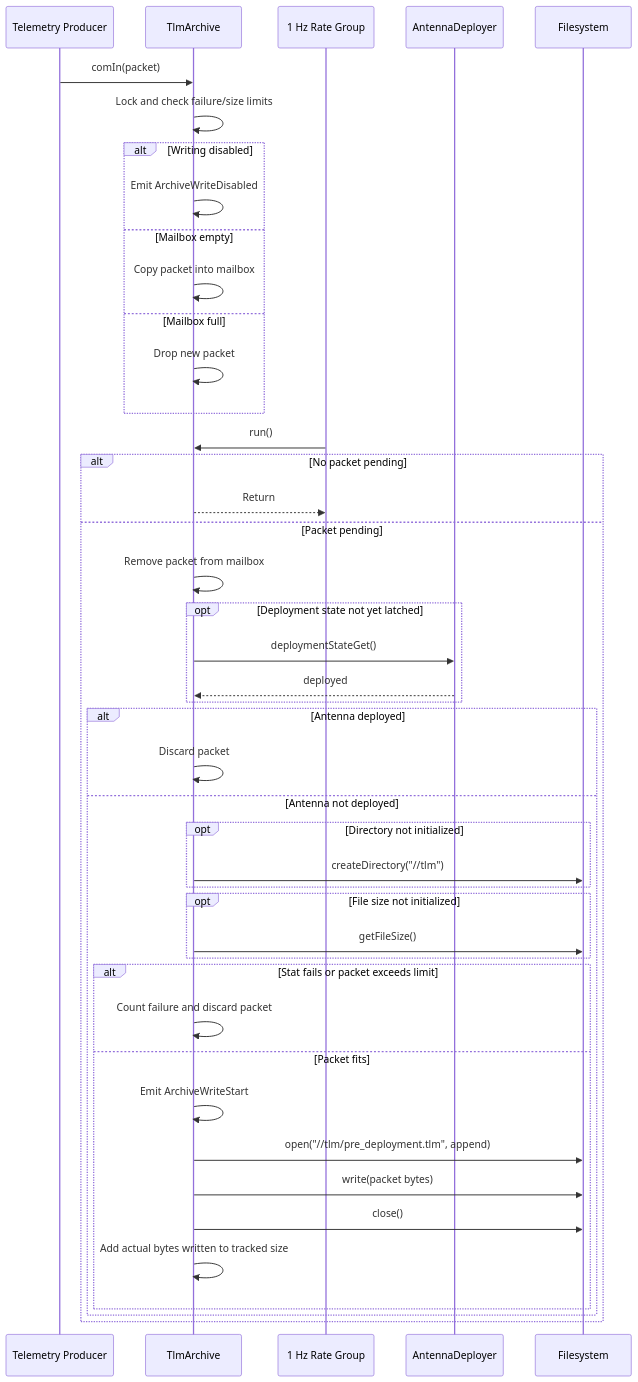
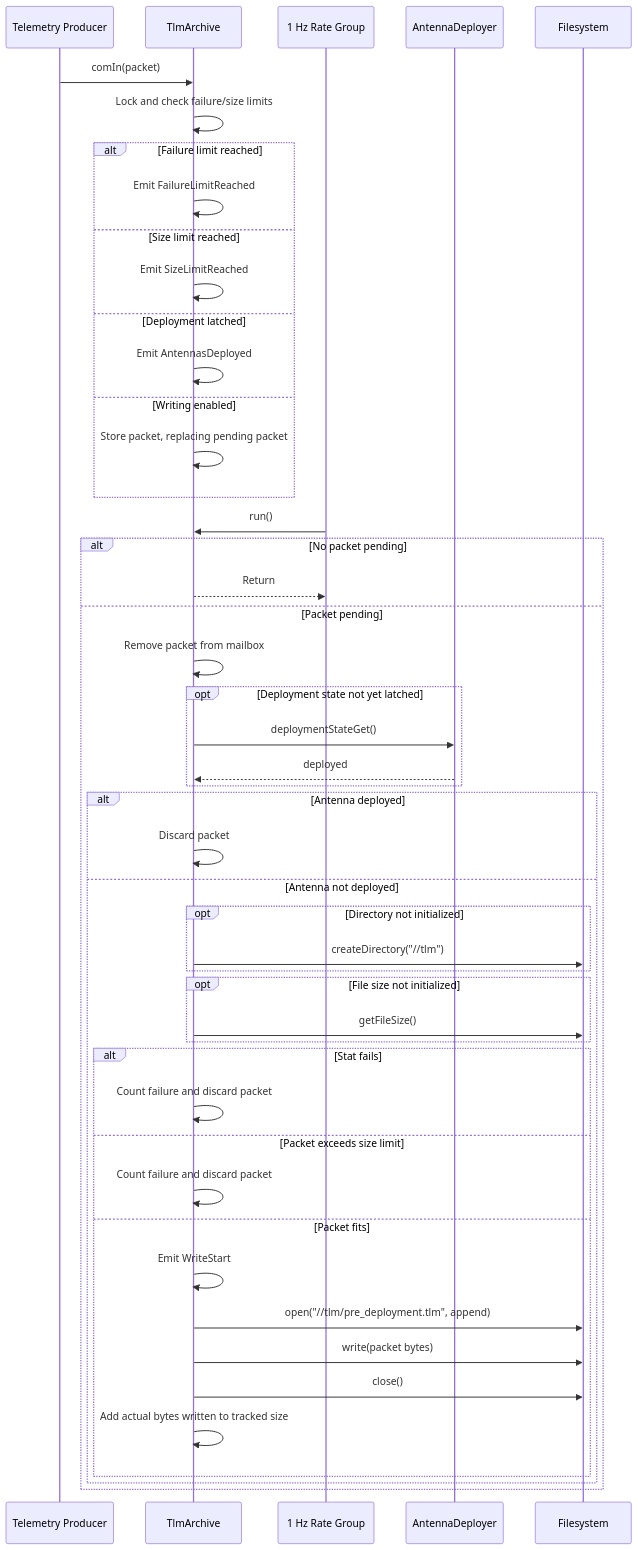
One commit to Open-Source-Space-Foundation/proves-core-reference changed the second of 2 diagrams in PROVESFlightControllerReference/Components/TlmArchive/docs/sdd.md. Above: the diagram before and after it, drawn with Mermaid. The commit also changed other lines of this file, not shown here.

````diff
--- a/PROVESFlightControllerReference/Components/TlmArchive/docs/sdd.md
+++ b/PROVESFlightControllerReference/Components/TlmArchive/docs/sdd.md
@@ -157,48 +160,52 @@
 ```mermaid
 sequenceDiagram
     participant Producer as Telemetry Producer
     participant Archive as TlmArchive
     participant Rate as 1 Hz Rate Group
     participant Deploy as AntennaDeployer
     participant FS as Filesystem
 
     Producer->>Archive: comIn(packet)
     Archive->>Archive: Lock and check failure/size limits
-    alt Writing disabled
-        Archive->>Archive: Emit ArchiveWriteDisabled
-    else Mailbox empty
-        Archive->>Archive: Copy packet into mailbox
-    else Mailbox full
-        Archive->>Archive: Drop new packet
+    alt Failure limit reached
+        Archive->>Archive: Emit FailureLimitReached
+    else Size limit reached
+        Archive->>Archive: Emit SizeLimitReached
+    else Deployment latched
+        Archive->>Archive: Emit AntennasDeployed
+    else Writing enabled
+        Archive->>Archive: Store packet, replacing pending packet
     end
 
     Rate->>Archive: run()
     alt No packet pending
         Archive-->>Rate: Return
     else Packet pending
         Archive->>Archive: Remove packet from mailbox
         opt Deployment state not yet latched
             Archive->>Deploy: deploymentStateGet()
             Deploy-->>Archive: deployed
         end
         alt Antenna deployed
             Archive->>Archive: Discard packet
         else Antenna not deployed
             opt Directory not initialized
                 Archive->>FS: createDirectory("//tlm")
             end
             opt File size not initialized
                 Archive->>FS: getFileSize()
             end
-            alt Stat fails or packet exceeds limit
+            alt Stat fails
+                Archive->>Archive: Count failure and discard packet
+            else Packet exceeds size limit
                 Archive->>Archive: Count failure and discard packet
             else Packet fits
-                Archive->>Archive: Emit ArchiveWriteStart
+                Archive->>Archive: Emit WriteStart
                 Archive->>FS: open("//tlm/pre_deployment.tlm", append)
                 Archive->>FS: write(packet bytes)
                 Archive->>FS: close()
                 Archive->>Archive: Add actual bytes written to tracked size
             end
         end
     end
 ```
````
